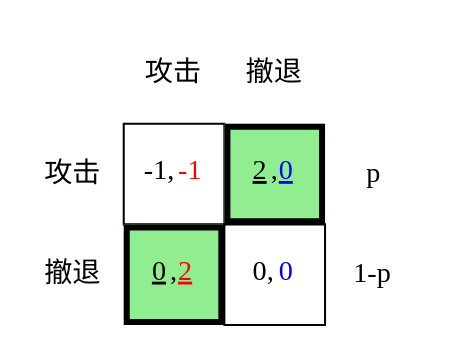
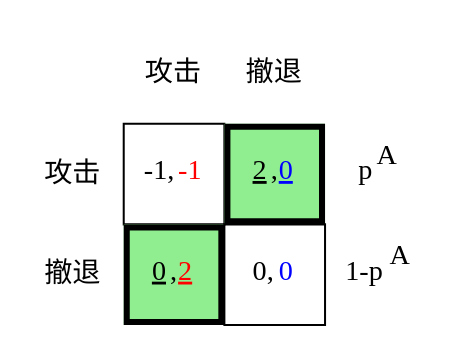
One commit to Binjian/org changed the eighth of 15 diagrams in mode/drl_101.org. Above: the diagram before and after it, drawn with Graphviz. The commit also changed other lines of this file, not shown here.

Commit message:
[add] org language options, html exponent

```diff
--- a/mode/drl_101.org
+++ b/mode/drl_101.org
@@ -351,25 +351,25 @@
 #+begin_src dot :file img/_generated/mixed.png
 digraph G {
     node1 [shape=none, margin=0, fontname="LXGW WenKai Mono", label=<
         <TABLE BORDER="0" CELLBORDER="0" CELLSPACING="0" CELLPADDING="0" WIDTH="200" HEIGHT="150">
             <TR>
                 <TD WIDTH="50" HEIGHT="50" BGCOLOR="None"></TD>
                 <TD WIDTH="50" HEIGHT="50" BGCOLOR="None">攻击</TD>
                 <TD WIDTH="50" HEIGHT="50" BGCOLOR="None">撤退</TD>
             </TR>
             <TR>
                 <TD WIDTH="50" HEIGHT="50" BGCOLOR="None">攻击</TD>
                 <TD WIDTH="50" HEIGHT="50" BORDER="1">-1,<FONT COLOR="red">-1</FONT></TD>
                 <TD WIDTH="50" HEIGHT="50" BGCOLOR="lightgreen" BORDER="3"><u>2</u>,<u><FONT COLOR="blue">0</FONT></u></TD>
-                <TD WIDTH="50" HEIGHT="50">p</TD>
+                <TD WIDTH="50" HEIGHT="50">p<sup>A</sup></TD>
             </TR>
             <TR>
                 <TD WIDTH="50" HEIGHT="50" BGCOLOR="None">撤退</TD>
                 <TD WIDTH="50" HEIGHT="50" BGCOLOR="lightgreen" BORDER="3"><u>0</u>,<u><FONT COLOR="red">2</FONT></u></TD>
                 <TD WIDTH="50" HEIGHT="50" BORDER="1">0,<FONT COLOR="blue">0</FONT></TD>
-                <TD WIDTH="50" HEIGHT="50">1-p</TD>
+                <TD WIDTH="50" HEIGHT="50">1-p<sup>A</sup></TD>
             </TR>
         </TABLE>
     >];
 }
 #+end_src
```
